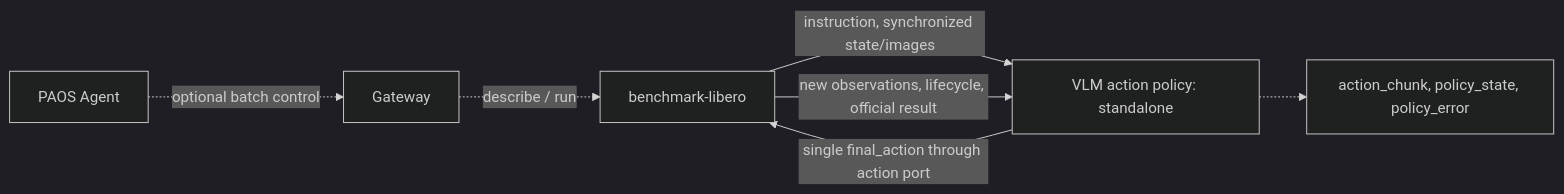
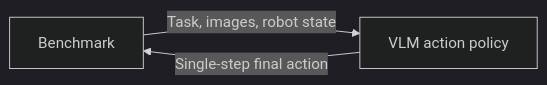
The first of 2 diagrams in docs/DESIGN.md (PhyAgentOS/operator-vlm-action-policy), drawn with Mermaid (dark theme) before and after one commit. The commit also changed other lines of this file and 5 other files, not shown here.

````diff
--- a/docs/DESIGN.md
+++ b/docs/DESIGN.md
@@ -107,9 +13,5 @@
 ```mermaid
 flowchart LR
-    agent["PAOS Agent"] -.->|"optional batch control"| gateway["Gateway"]
-    gateway -.->|"describe / run"| benchmark["benchmark-libero"]
-    benchmark -->|"instruction, synchronized state/images"| policy["VLM action policy: standalone"]
-    policy -->|"single final_action through action port"| benchmark
-    benchmark -->|"new observations, lifecycle, official result"| policy
-    policy -.-> trace["action_chunk, policy_state, policy_error"]
+    benchmark["Benchmark"] -->|"Task, images, robot state"| vlm["VLM action policy"]
+    vlm -->|"Single-step final action"| benchmark
 ```
````
